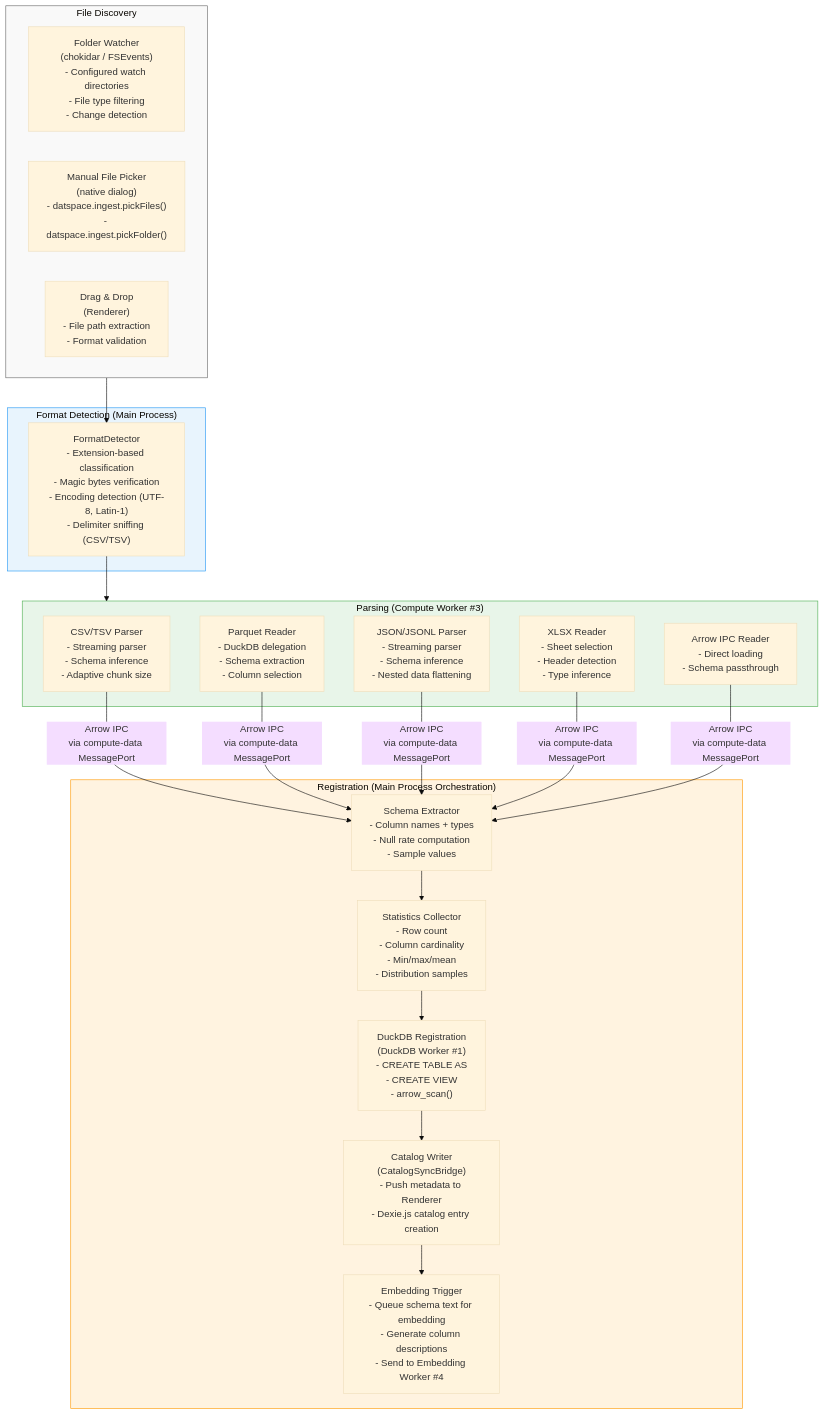
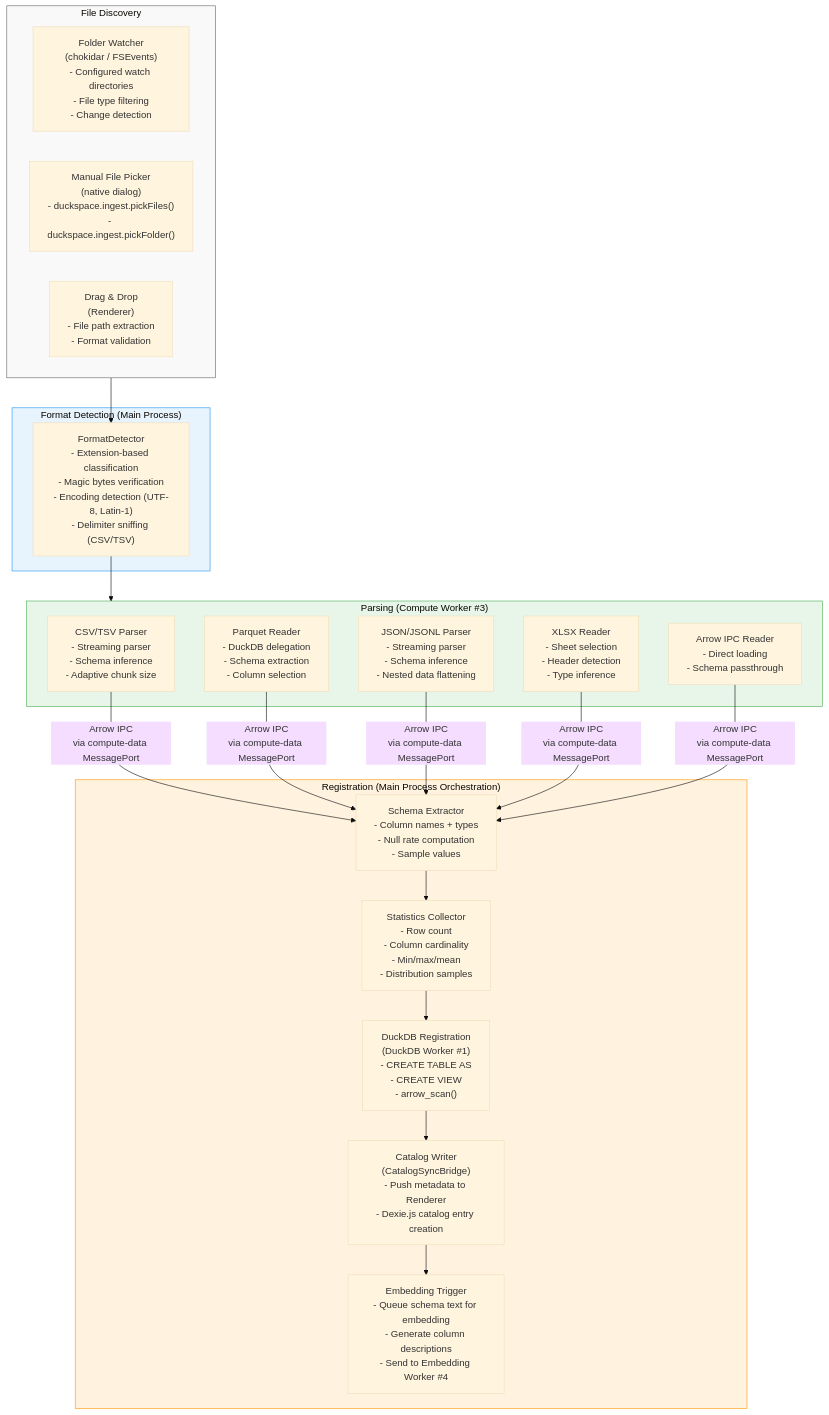
The first of 3 diagrams in context/artifacts/design/06-local-ingestion.md (discohead/duckspace), drawn with Mermaid (base theme) before and after one commit. The commit also changed other lines of this file and 111 other files, not shown here.

First line of the commit message:
chore: rename project from Datspace to Duckspace

````diff
--- a/context/artifacts/design/06-local-ingestion.md
+++ b/context/artifacts/design/06-local-ingestion.md
@@ -18,47 +18,47 @@
 ```mermaid
 flowchart TB
     subgraph Discovery["File Discovery"]
         FolderWatch["Folder Watcher<br/>(chokidar / FSEvents)<br/>- Configured watch directories<br/>- File type filtering<br/>- Change detection"]
-        ManualPick["Manual File Picker<br/>(native dialog)<br/>- datspace.ingest.pickFiles()<br/>- datspace.ingest.pickFolder()"]
+        ManualPick["Manual File Picker<br/>(native dialog)<br/>- duckspace.ingest.pickFiles()<br/>- duckspace.ingest.pickFolder()"]
         DragDrop["Drag & Drop<br/>(Renderer)<br/>- File path extraction<br/>- Format validation"]
     end
 
     subgraph Detection["Format Detection (Main Process)"]
         FormatDetector["FormatDetector<br/>- Extension-based classification<br/>- Magic bytes verification<br/>- Encoding detection (UTF-8, Latin-1)<br/>- Delimiter sniffing (CSV/TSV)"]
     end
 
     subgraph Parsing["Parsing (Compute Worker #3)"]
         CSVParser["CSV/TSV Parser<br/>- Streaming parser<br/>- Schema inference<br/>- Adaptive chunk size"]
         ParquetReader["Parquet Reader<br/>- DuckDB delegation<br/>- Schema extraction<br/>- Column selection"]
         JSONParser["JSON/JSONL Parser<br/>- Streaming parser<br/>- Schema inference<br/>- Nested data flattening"]
         XLSXReader["XLSX Reader<br/>- Sheet selection<br/>- Header detection<br/>- Type inference"]
         ArrowIPCReader["Arrow IPC Reader<br/>- Direct loading<br/>- Schema passthrough"]
     end
 
     subgraph Registration["Registration (Main Process Orchestration)"]
         SchemaExtractor["Schema Extractor<br/>- Column names + types<br/>- Null rate computation<br/>- Sample values"]
         StatsCollector["Statistics Collector<br/>- Row count<br/>- Column cardinality<br/>- Min/max/mean<br/>- Distribution samples"]
         DuckDBRegister["DuckDB Registration<br/>(DuckDB Worker #1)<br/>- CREATE TABLE AS<br/>- CREATE VIEW<br/>- arrow_scan()"]
         CatalogWriter["Catalog Writer<br/>(CatalogSyncBridge)<br/>- Push metadata to Renderer<br/>- Dexie.js catalog entry creation"]
         EmbeddingTrigger["Embedding Trigger<br/>- Queue schema text for embedding<br/>- Generate column descriptions<br/>- Send to Embedding Worker #4"]
     end
 
     Discovery --> FormatDetector
     FormatDetector --> Parsing
 
     CSVParser -->|"Arrow IPC<br/>via compute-data MessagePort"| SchemaExtractor
     ParquetReader -->|"Arrow IPC<br/>via compute-data MessagePort"| SchemaExtractor
     JSONParser -->|"Arrow IPC<br/>via compute-data MessagePort"| SchemaExtractor
     XLSXReader -->|"Arrow IPC<br/>via compute-data MessagePort"| SchemaExtractor
     ArrowIPCReader -->|"Arrow IPC<br/>via compute-data MessagePort"| SchemaExtractor
 
     SchemaExtractor --> StatsCollector
     StatsCollector --> DuckDBRegister
     DuckDBRegister --> CatalogWriter
     CatalogWriter --> EmbeddingTrigger
 
     style Discovery fill:#f9f9f9,stroke:#666
     style Detection fill:#e8f4fd,stroke:#2196F3
     style Parsing fill:#e8f5e9,stroke:#4CAF50
     style Registration fill:#fff3e0,stroke:#FF9800
 ```
````
